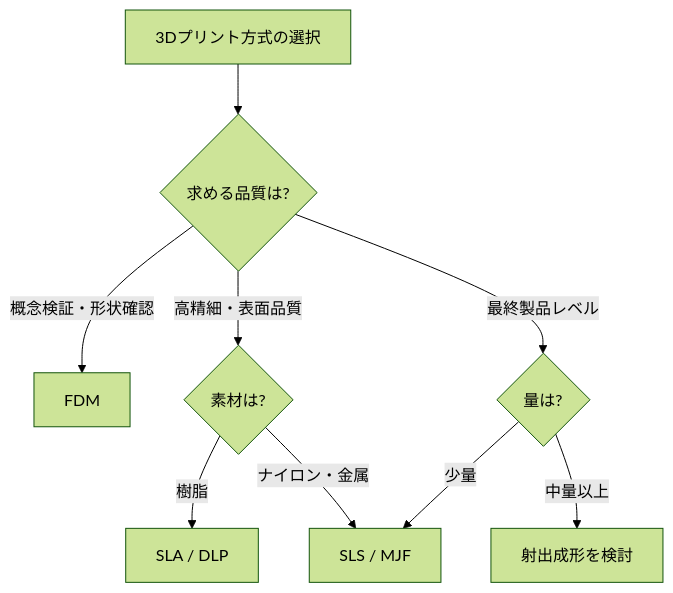
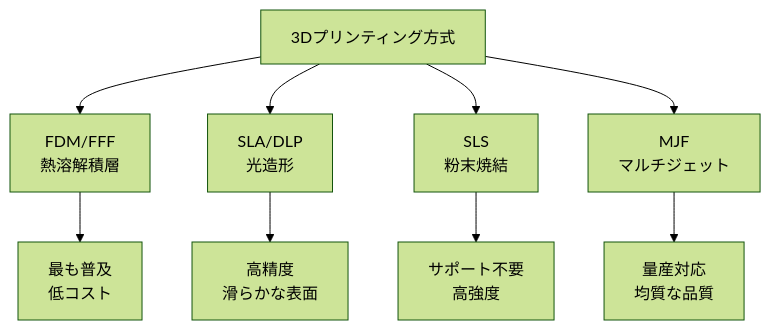
Before and after one commit to Hide-nu/Designer-curriculum: the first of 5 diagrams in docs/books/04-critical-making/ch03-digital-fabrication.md, drawn with Mermaid (forest theme). The commit also changed other lines of this file and 13 other files, not shown here.

````diff
--- a/docs/books/04-critical-making/ch03-digital-fabrication.md
+++ b/docs/books/04-critical-making/ch03-digital-fabrication.md
@@ -23,11 +17,12 @@
 ```mermaid
 graph TD
-    A[3Dプリント方式の選択] --> B{求める品質は?}
-    B -->|概念検証・形状確認| C[FDM]
-    B -->|高精細・表面品質| D{素材は?}
-    D -->|樹脂| E[SLA / DLP]
-    D -->|ナイロン・金属| F[SLS / MJF]
-    B -->|最終製品レベル| G{量は?}
-    G -->|少量| F
-    G -->|中量以上| H[射出成形を検討]
+    A[3Dプリンティング方式] --> B[FDM/FFF<br/>熱溶解積層]
+    A --> C[SLA/DLP<br/>光造形]
+    A --> D[SLS<br/>粉末焼結]
+    A --> E[MJF<br/>マルチジェット]
+
+    B --> B1[最も普及<br/>低コスト]
+    C --> C1[高精度<br/>滑らかな表面]
+    D --> D1[サポート不要<br/>高強度]
+    E --> E1[量産対応<br/>均質な品質]
 ```
````
